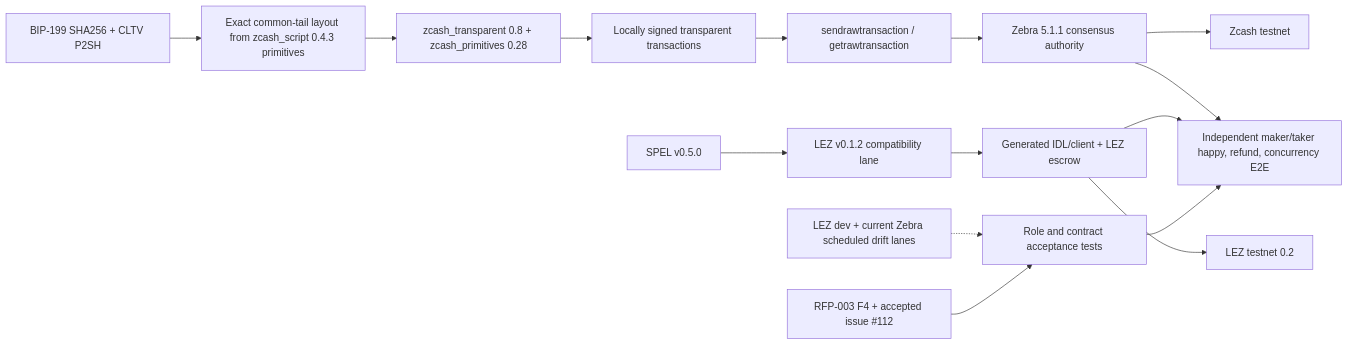
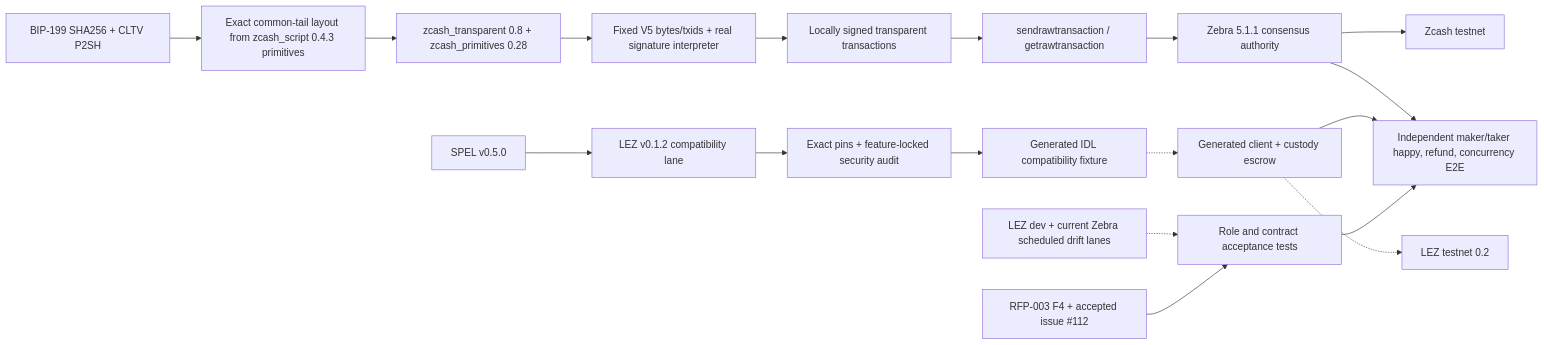
The diagram in docs/architecture/0014-zec-m2-implementation-pins.md (gateway-fm/lez-atomic-swaps), drawn with Mermaid before and after one commit. The commit also changed other lines of this file and 14 other files, not shown here.

````diff
--- a/docs/architecture/0014-zec-m2-implementation-pins.md
+++ b/docs/architecture/0014-zec-m2-implementation-pins.md
@@ -5,17 +5,20 @@
 ```mermaid
 flowchart LR
     Contract["RFP-003 F4 + accepted issue #112"] --> Tests["Role and contract acceptance tests"]
     BIP["BIP-199 SHA256 + CLTV P2SH"] --> Script["Exact common-tail layout from zcash_script 0.4.3 primitives"]
     Script --> Tx["zcash_transparent 0.8 + zcash_primitives 0.28"]
-    Tx --> Raw["Locally signed transparent transactions"]
+    Tx --> TxVectors["Fixed V5 bytes/txids + real signature interpreter"]
+    TxVectors --> Raw["Locally signed transparent transactions"]
     Raw --> RPC["sendrawtransaction / getrawtransaction"]
     RPC --> Zebra["Zebra 5.1.1 consensus authority"]
     Zebra --> ZTest["Zcash testnet"]
     SPEL["SPEL v0.5.0"] --> Compat["LEZ v0.1.2 compatibility lane"]
-    Compat --> Escrow["Generated IDL/client + LEZ escrow"]
-    Escrow --> LezTest["LEZ testnet 0.2"]
+    Compat --> CompatAudit["Exact pins + feature-locked security audit"]
+    CompatAudit --> IDL["Generated IDL compatibility fixture"]
+    IDL -.-> Escrow["Generated client + custody escrow"]
+    Escrow -.-> LezTest["LEZ testnet 0.2"]
     Drift["LEZ dev + current Zebra scheduled drift lanes"] -.-> Tests
     Tests --> Roles["Independent maker/taker happy, refund, concurrency E2E"]
     Escrow --> Roles
     Zebra --> Roles
 ```
````
